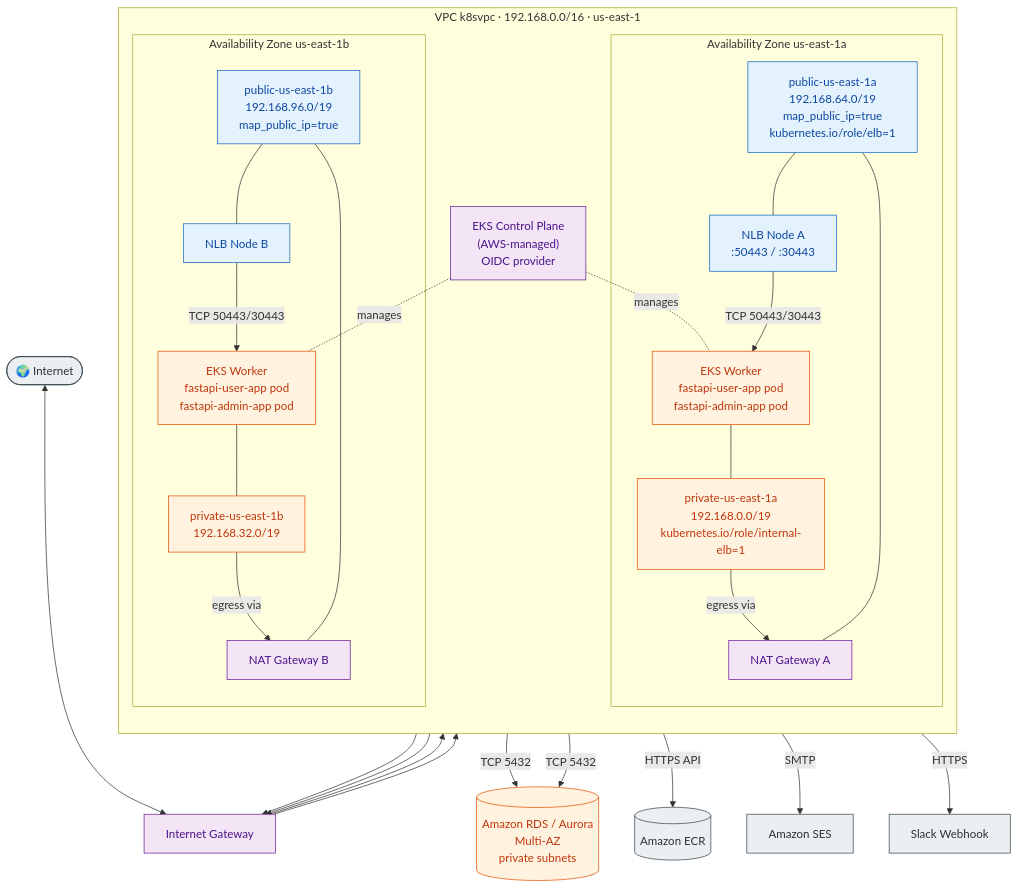
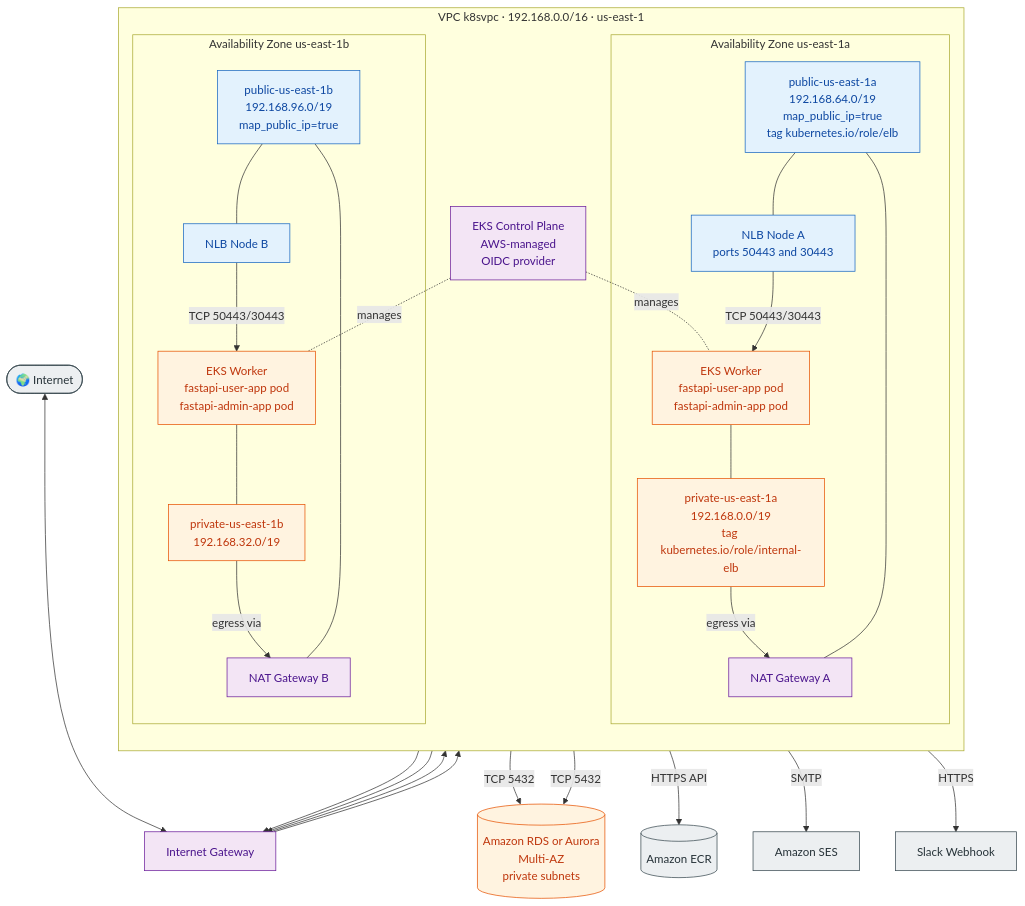
The seventh of 13 diagrams in README.md (skondla/fastAPIWebApp), drawn with Mermaid before and after one commit. The commit also changed other lines of this file, not shown here.

````diff
--- a/README.md
+++ b/README.md
@@ -663,66 +686,66 @@
 ```mermaid
 flowchart TB
     classDef public fill:#E3F2FD,stroke:#1565C0,color:#0D47A1
     classDef private fill:#FFF3E0,stroke:#E65100,color:#BF360C
     classDef ctrl fill:#F3E5F5,stroke:#6A1B9A,color:#4A148C
     classDef ext fill:#ECEFF1,stroke:#37474F,color:#263238
 
     INET([🌍 Internet]):::ext
     IGW[Internet Gateway]:::ctrl
 
     INET <--> IGW
 
-    subgraph VPC["VPC  k8svpc  ·  192.168.0.0/16  ·  us-east-1"]
+    subgraph VPC["VPC k8svpc · 192.168.0.0/16 · us-east-1"]
         direction TB
 
         subgraph AZA["Availability Zone us-east-1a"]
-            PUBA["public-us-east-1a<br/>192.168.64.0/19<br/>map_public_ip=true<br/>kubernetes.io/role/elb=1"]:::public
-            PRIA["private-us-east-1a<br/>192.168.0.0/19<br/>kubernetes.io/role/internal-elb=1"]:::private
-            NATA[NAT Gateway A]:::ctrl
-            NLBA[NLB Node A<br/>:50443 / :30443]:::public
-            NODEA[EKS Worker<br/>fastapi-user-app pod<br/>fastapi-admin-app pod]:::private
+            PUBA["public-us-east-1a<br/>192.168.64.0/19<br/>map_public_ip=true<br/>tag kubernetes.io/role/elb"]:::public
+            PRIA["private-us-east-1a<br/>192.168.0.0/19<br/>tag kubernetes.io/role/internal-elb"]:::private
+            NATA["NAT Gateway A"]:::ctrl
+            NLBA["NLB Node A<br/>ports 50443 and 30443"]:::public
+            NODEA["EKS Worker<br/>fastapi-user-app pod<br/>fastapi-admin-app pod"]:::private
         end
 
         subgraph AZB["Availability Zone us-east-1b"]
             PUBB["public-us-east-1b<br/>192.168.96.0/19<br/>map_public_ip=true"]:::public
             PRIB["private-us-east-1b<br/>192.168.32.0/19"]:::private
-            NATB[NAT Gateway B]:::ctrl
-            NLBB[NLB Node B]:::public
-            NODEB[EKS Worker<br/>fastapi-user-app pod<br/>fastapi-admin-app pod]:::private
+            NATB["NAT Gateway B"]:::ctrl
+            NLBB["NLB Node B"]:::public
+            NODEB["EKS Worker<br/>fastapi-user-app pod<br/>fastapi-admin-app pod"]:::private
         end
 
-        EKSCTL["EKS Control Plane<br/>(AWS-managed)<br/>OIDC provider"]:::ctrl
+        EKSCTL["EKS Control Plane<br/>AWS-managed<br/>OIDC provider"]:::ctrl
     end
 
-    RDS[(Amazon RDS / Aurora<br/>Multi-AZ<br/>private subnets)]:::private
-    ECR[(Amazon ECR)]:::ext
-    SES[Amazon SES]:::ext
-    SLACK[Slack Webhook]:::ext
+    RDS[("Amazon RDS or Aurora<br/>Multi-AZ<br/>private subnets")]:::private
+    ECR[("Amazon ECR")]:::ext
+    SES["Amazon SES"]:::ext
+    SLACK["Slack Webhook"]:::ext
 
     IGW --> PUBA
     IGW --> PUBB
     PUBA --- NLBA
     PUBB --- NLBB
     PUBA --- NATA
     PUBB --- NATB
 
     NLBA -->|TCP 50443/30443| NODEA
     NLBB -->|TCP 50443/30443| NODEB
 
     NODEA --- PRIA
     NODEB --- PRIB
 
     PRIA -->|egress via| NATA
     PRIB -->|egress via| NATB
     NATA --> IGW
     NATB --> IGW
 
     NODEA -->|TCP 5432| RDS
     NODEB -->|TCP 5432| RDS
     NODEA -->|HTTPS API| ECR
     NODEA -->|SMTP| SES
     NODEA -->|HTTPS| SLACK
 
     EKSCTL -.manages.- NODEA
     EKSCTL -.manages.- NODEB
 ```
````
